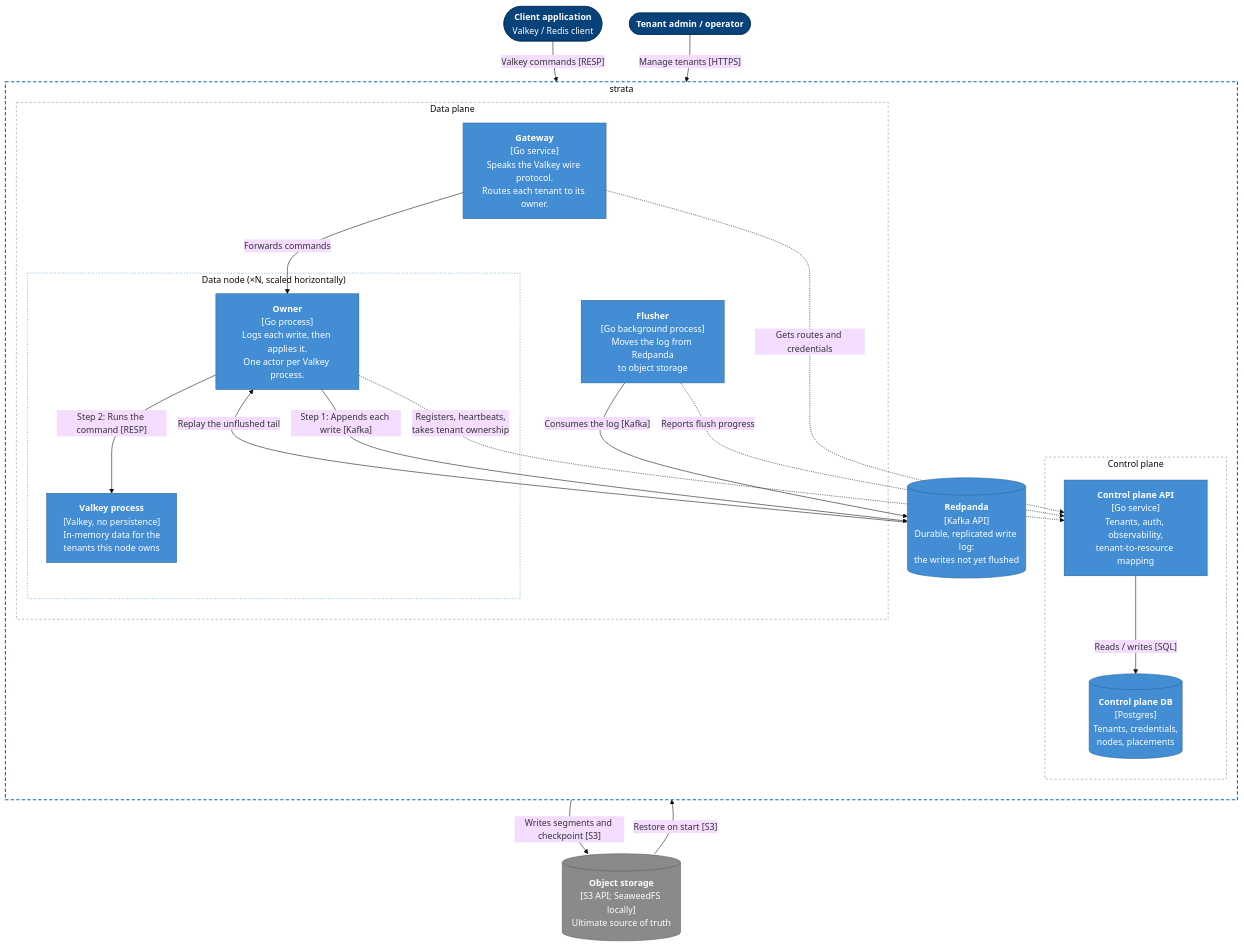
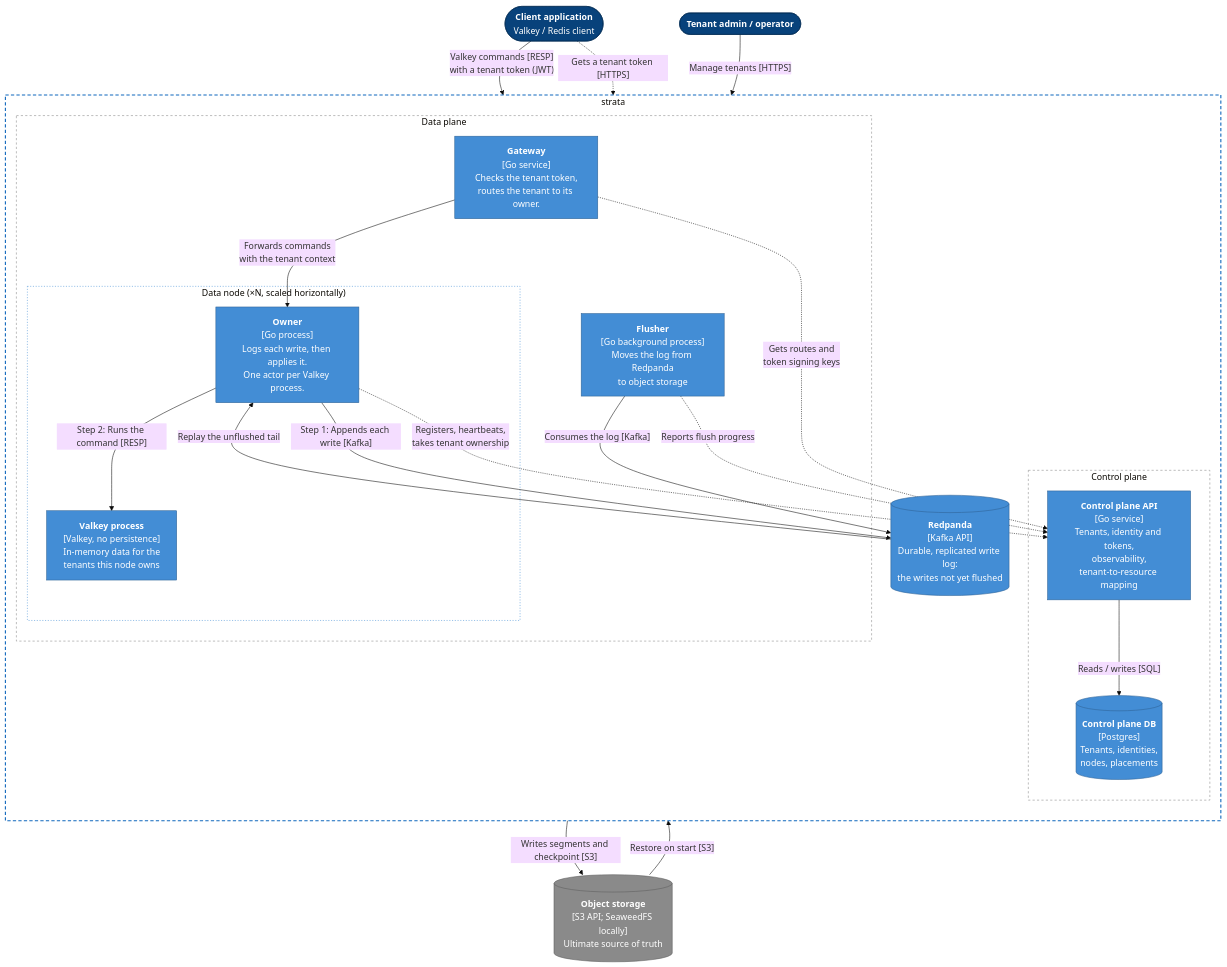
One commit to nickstrad/strata changed the diagram in docs/diagrams/02-containers.md. Above: the diagram before and after it, drawn with Mermaid (base theme). The commit also changed other lines of this file and 5 other files, not shown here.

First line of the commit message:
Diagrams: gateway checks a tenant token; control plane owns auth

````diff
--- a/docs/diagrams/02-containers.md
+++ b/docs/diagrams/02-containers.md
@@ -6,58 +6,59 @@
 ```mermaid
 flowchart TB
     client(["<b>Client application</b><br/>Valkey / Redis client"])
     admin(["<b>Tenant admin / operator</b>"])
 
     subgraph strata["strata"]
         direction TB
 
         subgraph cp["Control plane"]
-            cpapi["<b>Control plane API</b><br/>[Go service]<br/>Tenants, auth, observability,<br/>tenant-to-resource mapping"]
-            pg[("<b>Control plane DB</b><br/>[Postgres]<br/>Tenants, credentials,<br/>nodes, placements")]
+            cpapi["<b>Control plane API</b><br/>[Go service]<br/>Tenants, identity and tokens,<br/>observability,<br/>tenant-to-resource mapping"]
+            pg[("<b>Control plane DB</b><br/>[Postgres]<br/>Tenants, identities,<br/>nodes, placements")]
         end
 
         subgraph dp["Data plane"]
-            gw["<b>Gateway</b><br/>[Go service]<br/>Speaks the Valkey wire protocol.<br/>Routes each tenant to its owner."]
+            gw["<b>Gateway</b><br/>[Go service]<br/>Checks the tenant token,<br/>routes the tenant to its owner."]
 
             subgraph node["Data node (×N, scaled horizontally)"]
                 owner["<b>Owner</b><br/>[Go process]<br/>Logs each write, then applies it.<br/>One actor per Valkey process."]
                 valkey["<b>Valkey process</b><br/>[Valkey, no persistence]<br/>In-memory data for the<br/>tenants this node owns"]
             end
 
             flusher["<b>Flusher</b><br/>[Go background process]<br/>Moves the log from Redpanda<br/>to object storage"]
         end
 
         rp[("<b>Redpanda</b><br/>[Kafka API]<br/>Durable, replicated write log:<br/>the writes not yet flushed")]
     end
 
     obj[("<b>Object storage</b><br/>[S3 API; SeaweedFS locally]<br/>Ultimate source of truth")]
 
-    client -- "Valkey commands [RESP]" --> gw
+    client -- "Valkey commands [RESP]<br/>with a tenant token (JWT)" --> gw
+    client -. "Gets a tenant token [HTTPS]" .-> cpapi
     admin -- "Manage tenants [HTTPS]" --> cpapi
     cpapi -- "Reads / writes [SQL]" --> pg
 
-    gw -- "Forwards commands" --> owner
+    gw -- "Forwards commands<br/>with the tenant context" --> owner
     owner -- "Step 1: Appends each write [Kafka]" --> rp
     owner -- "Step 2: Runs the command [RESP]" --> valkey
     flusher -- "Consumes the log [Kafka]" --> rp
     flusher -- "Writes segments and checkpoint [S3]" --> obj
     obj -- "Restore on start [S3]" --> owner
     rp -- "Replay the unflushed tail" --> owner
 
-    gw -. "Gets routes and credentials" .-> cpapi
+    gw -. "Gets routes and<br/>token signing keys" .-> cpapi
     owner -. "Registers, heartbeats,<br/>takes tenant ownership" .-> cpapi
     flusher -. "Reports flush progress" .-> cpapi
 
     classDef person fill:#08427b,stroke:#052e56,color:#ffffff
     classDef container fill:#438dd5,stroke:#2e6295,color:#ffffff
     classDef store fill:#438dd5,stroke:#2e6295,color:#ffffff
     classDef external fill:#8a8a8a,stroke:#5f5f5f,color:#ffffff
     class client,admin person
     class cpapi,gw,owner,valkey,flusher container
     class pg,rp store
     class obj external
     style strata fill:none,stroke:#1168bd,stroke-width:2px,stroke-dasharray:6 4
     style cp fill:none,stroke:#888888,stroke-dasharray:4 4
     style dp fill:none,stroke:#888888,stroke-dasharray:4 4
     style node fill:none,stroke:#438dd5,stroke-dasharray:2 3
 ```
````
